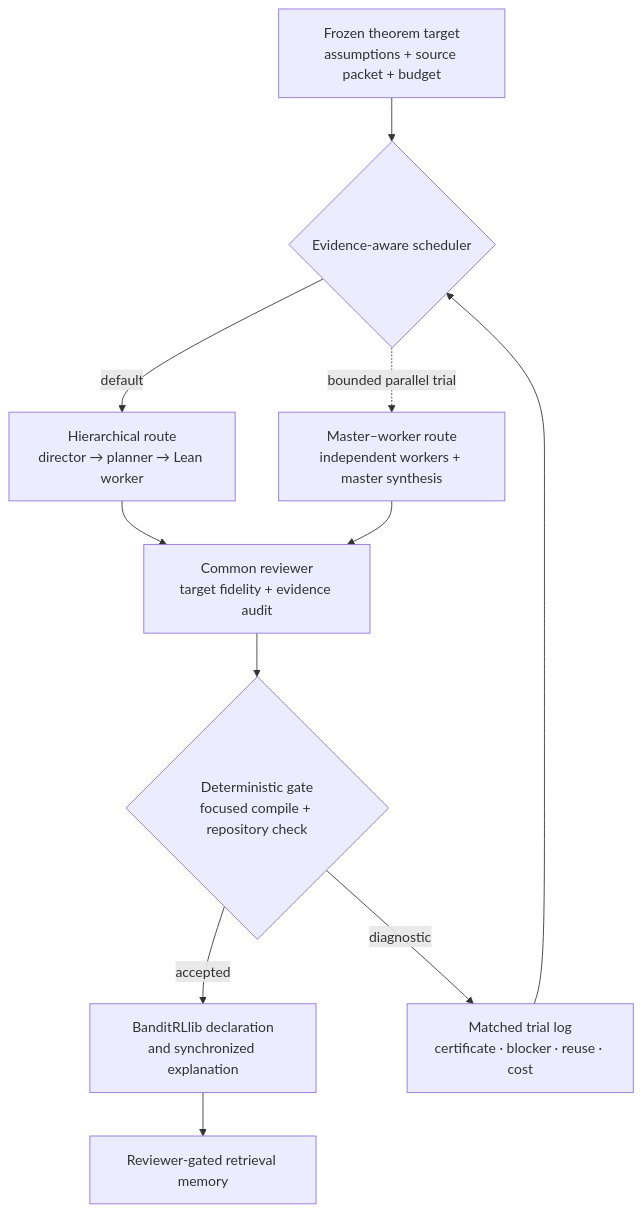
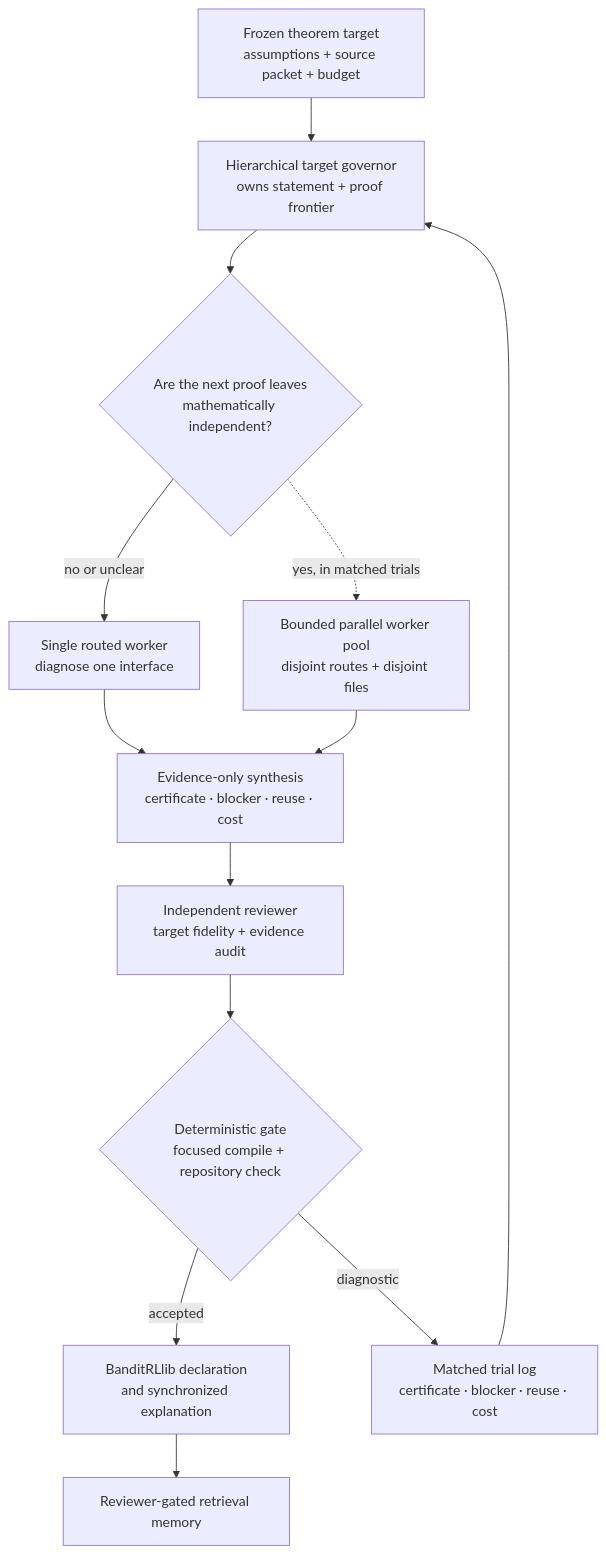
The diagram in website/diagrams/automation-workflow.mmd (DakeBU/Auto-Bandit-RL-Proof-In-Sleep), drawn with Mermaid before and after one commit. The commit also changed 6 other files, not shown here.

Commit message:
Polish site reading flow and harness evidence (#82)

```diff
--- a/website/diagrams/automation-workflow.mmd
+++ b/website/diagrams/automation-workflow.mmd
@@ -1,11 +1,13 @@
 flowchart TB
-    Target["Frozen theorem target<br/>assumptions + source packet + budget"] --> Scheduler{"Evidence-aware scheduler"}
-    Scheduler -->|default| H["Hierarchical route<br/>director → planner → Lean worker"]
-    Scheduler -. "bounded parallel trial" .-> P["Master–worker route<br/>independent workers + master synthesis"]
-    H --> Review["Common reviewer<br/>target fidelity + evidence audit"]
-    P --> Review
+    Target["Frozen theorem target<br/>assumptions + source packet + budget"] --> Governor["Hierarchical target governor<br/>owns statement + proof frontier"]
+    Governor --> Split{"Are the next proof leaves<br/>mathematically independent?"}
+    Split -->|no or unclear| H["Single routed worker<br/>diagnose one interface"]
+    Split -. "yes, in matched trials" .-> P["Bounded parallel worker pool<br/>disjoint routes + disjoint files"]
+    H --> Synthesis["Evidence-only synthesis<br/>certificate · blocker · reuse · cost"]
+    P --> Synthesis
+    Synthesis --> Review["Independent reviewer<br/>target fidelity + evidence audit"]
     Review --> Gate{"Deterministic gate<br/>focused compile + repository check"}
     Gate -->|accepted| Library["BanditRLlib declaration<br/>and synchronized explanation"]
     Gate -->|diagnostic| Log["Matched trial log<br/>certificate · blocker · reuse · cost"]
-    Log --> Scheduler
+    Log --> Governor
     Library --> Memory["Reviewer-gated retrieval memory"]
```
